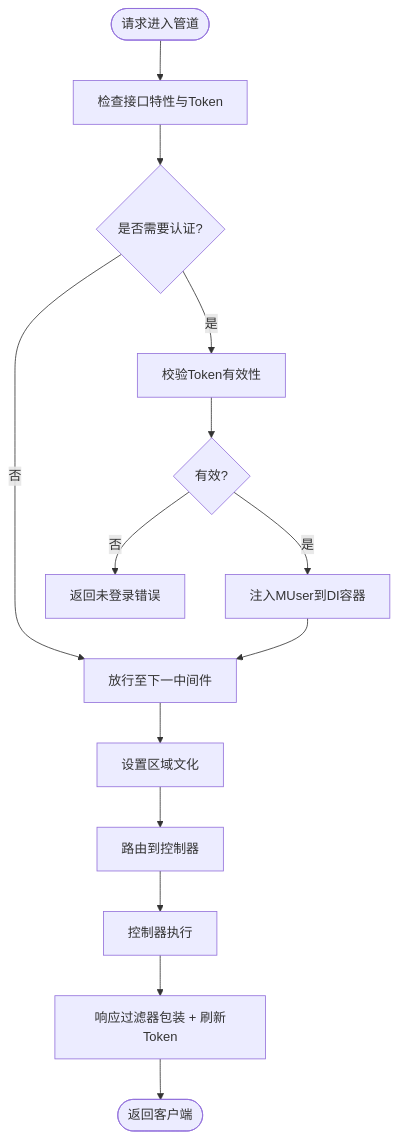
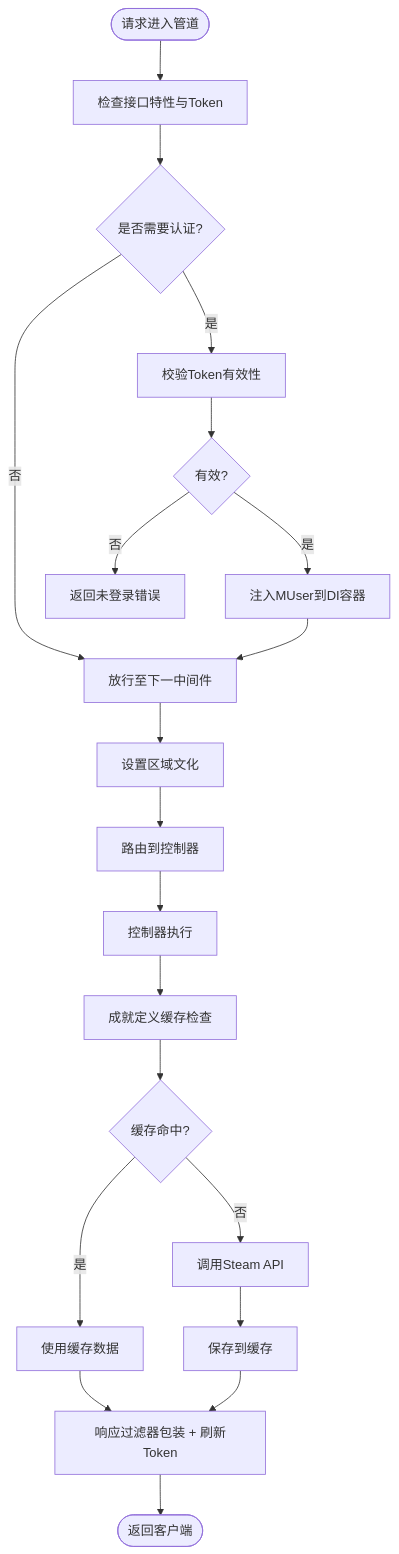
Before and after one commit to TinyMaD/SpeedRunnersLab: the fifth of 7 diagrams in .qoder/repowiki/zh/content/后端 API 服务/API 架构设计.md, drawn with Mermaid. The commit also changed other lines of this file and 9 other files, not shown here.

````diff
--- a/.qoder/repowiki/zh/content/后端 API 服务/API 架构设计.md
+++ b/.qoder/repowiki/zh/content/后端 API 服务/API 架构设计.md
@@ -292,16 +333,22 @@
 ```mermaid
 flowchart TD
 Start(["请求进入管道"]) --> CheckAuth["检查接口特性与Token"]
 CheckAuth --> NeedAuth{"是否需要认证?"}
 NeedAuth --> |否| NextMW["放行至下一中间件"]
 NeedAuth --> |是| Verify["校验Token有效性"]
 Verify --> Valid{"有效?"}
 Valid --> |否| ReturnErr["返回未登录错误"]
 Valid --> |是| InjectUser["注入MUser到DI容器"]
 InjectUser --> NextMW
 NextMW --> Local["设置区域文化"]
 Local --> Route["路由到控制器"]
 Route --> Ctrl["控制器执行"]
-Ctrl --> RespFilter["响应过滤器包装 + 刷新Token"]
+Ctrl --> AchievementCache["成就定义缓存检查"]
+AchievementCache --> CacheHit{"缓存命中?"}
+CacheHit --> |是| UseCache["使用缓存数据"]
+CacheHit --> |否| CallSteam["调用Steam API"]
+CallSteam --> SaveCache["保存到缓存"]
+UseCache --> RespFilter["响应过滤器包装 + 刷新Token"]
+SaveCache --> RespFilter
 RespFilter --> End(["返回客户端"])
 ```
````
